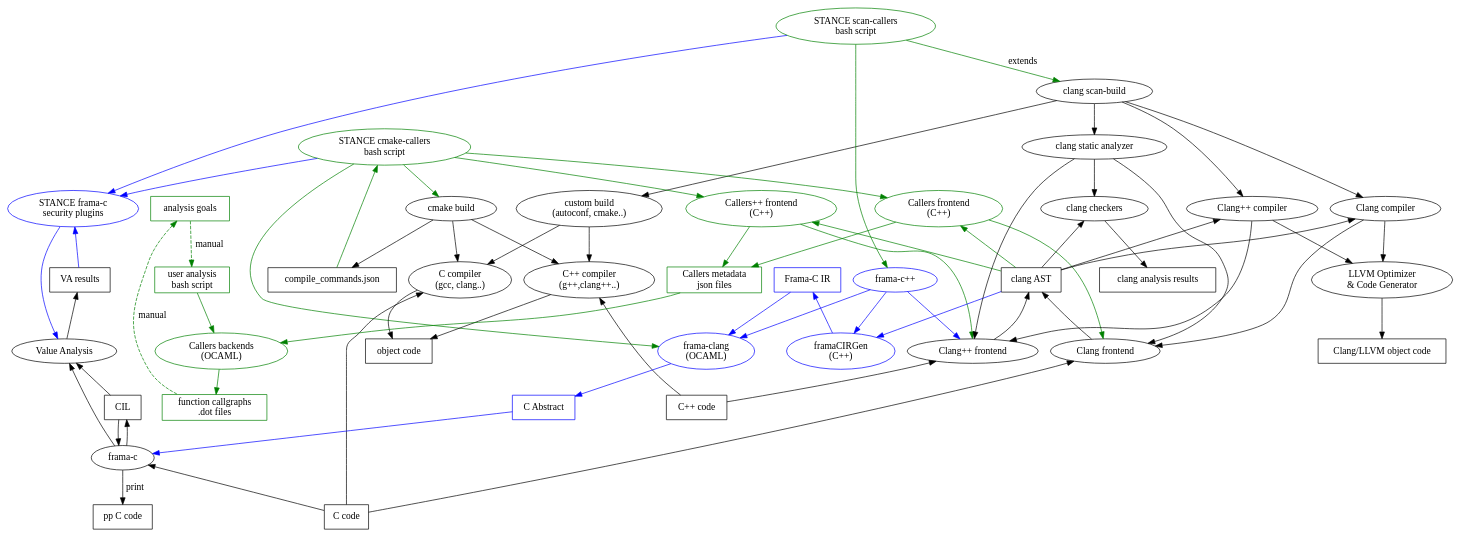
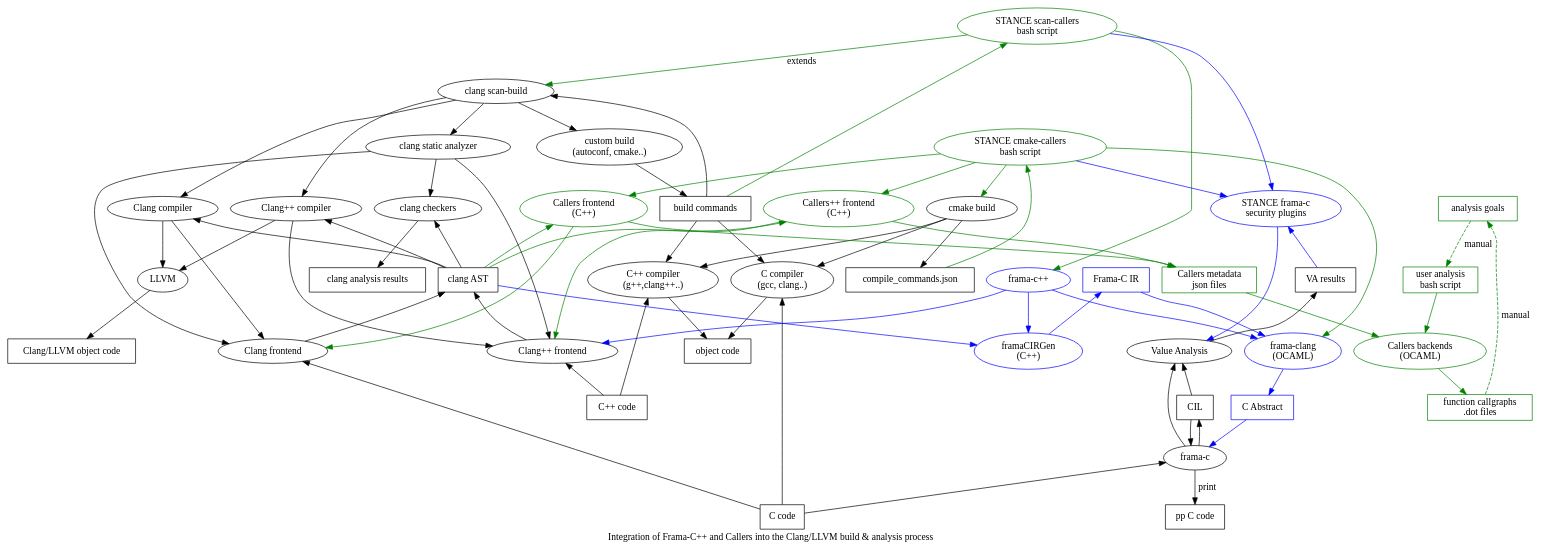
The first of 8 diagrams in doc/callers.org (hbalp/callers), drawn with Graphviz before and after one commit. The commit also changed other lines of this file, not shown here.

Commit message:
1) Added clang & frama-C VA analysis processes. 2) Added scripts dot2png.gen.sh and a clean.gen.sh

```diff
--- a/doc/callers.org
+++ b/doc/callers.org
@@ -50,15 +51,24 @@
     #+BEGIN_SRC dot :tangle callers.frama-c++.launcher.gen.dot
-digraph "Callers integration with Clang/LLVM " 
+digraph "Integration of Frama-C++ and Callers into the Clang/LLVM build & analysis process"
 {
+// title
+labelloc="b"
+label="Integration of Frama-C++ and Callers into the Clang/LLVM build & analysis process"
 
 "scan-build" [ label="clang scan-build" ]
 "scan-callers" [ label="STANCE scan-callers\nbash script", color=green ]
 "cmake-callers" [ label="STANCE cmake-callers\nbash script", color=green ]
 "scan-callers" -> "scan-build" [ label="extends", color=green ]
+"scan-callers" -> "build commands" [ dir=back, color=green ]
 
 // user build
 "user build" [ label="custom build\n(autoconf, cmake..)" ]
+"build commands" [ label="build commands", shape=box ]
+"user build" -> "build commands"
+
+// scan build
 "scan-build" -> "user build"
+"scan-build" -> "build commands" [ dir=back ]
 
 // compilation
 "object code" [ shape="box" ]
@@ -66,14 +76,14 @@
 // c compilation
 "c code" [ label="C code", shape="box" ]
 "c compiler" [ label="C compiler\n(gcc, clang..)" ]
-"user build" -> "c compiler"
+"build commands" -> "c compiler"
 "c compiler" -> "c code" [ dir=back ]
 "c compiler" -> "object code"
 
 // c++ compilation
 "cpp code" [ label="C++ code", shape="box" ]
 "cpp compiler" [ label="C++ compiler\n(g++,clang++..)" ]
-"user build" -> "cpp compiler"
+"build commands" -> "cpp compiler"
 "cpp compiler" -> "cpp code" [ dir=back ]
 "cpp compiler" -> "object code"
 
@@ -92,7 +102,8 @@
 
 // clang compilation
 "clang object code" [ label="Clang/LLVM object code", shape="box" ]
-"llvm" [ label="LLVM Optimizer\n& Code Generator" ]
+"llvm" [ label="LLVM" ]
+//"llvm" [ label="LLVM Optimizer\n& Code Generator" ]
 "llvm" -> "clang object code"
 
 // clang compilation of C code
@@ -189,15 +200,15 @@
 "cmake-callers" -> "fc security plugins" [ color="blue" ]
 "fc security plugins" [ label="STANCE frama-c\nsecurity plugins", color=blue ]
 "fc security plugins" -> "VA" [ color=blue ]
-"fc security plugins" -> "VA_results" [ dir=back, color=blue ]
+"fc security plugins" -> "VA results" [ dir=back, color=blue ]
 
 // frama-c value analysis
-"VA_results" [ shape=box ]
+"VA results" [ shape=box ]
 "VA" [ label="Value Analysis" ]
-"VA_results" [ label="VA results" ]
+"VA results" [ label="VA results" ]
 "VA" -> "frama-c" [ dir=back ]
-//"VA" -> "VA_results"
-"VA_results" -> "VA" [ dir=back ]
+//"VA" -> "VA results"
+"VA results" -> "VA" [ dir=back ]
 "VA" -> "cil" [ dir=back ]
 
 // frama-c analysis
```
